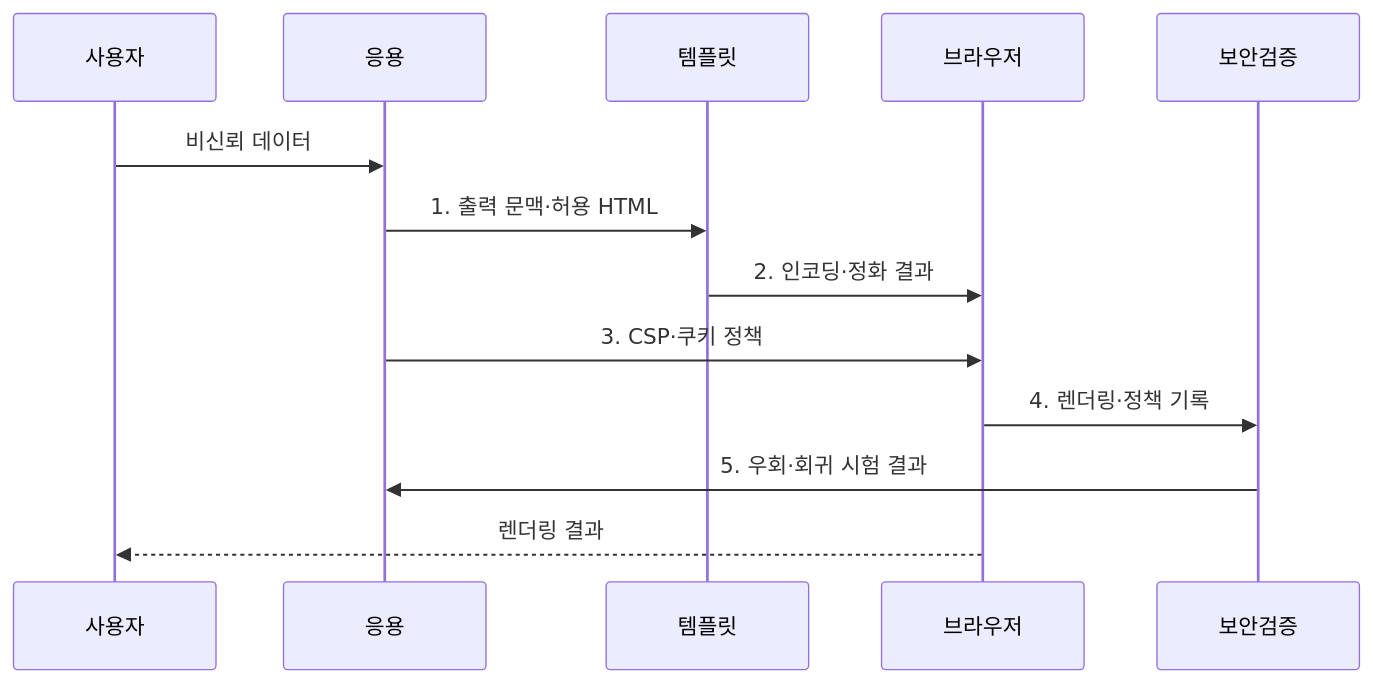
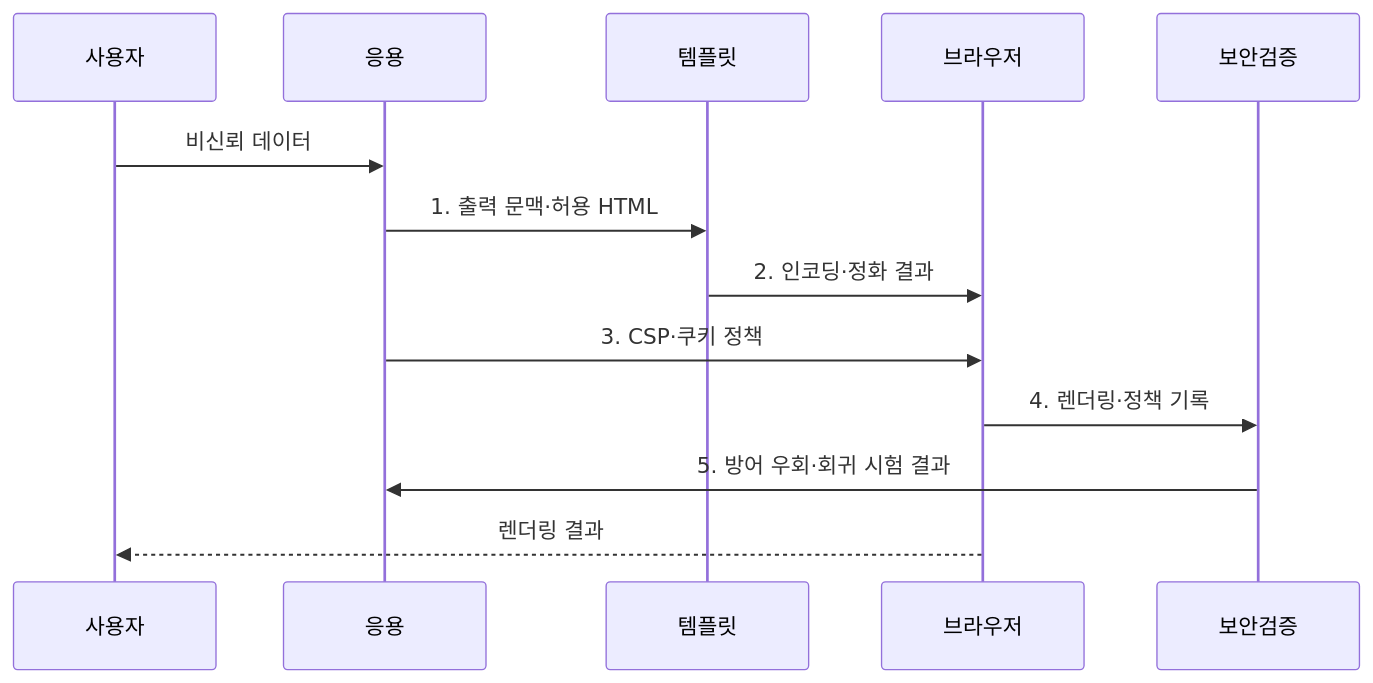
One commit to agnusdei1207/knowledge-base changed the second of 2 diagrams in src/content/docs/notes/05-security/047_xss.md. Above: the diagram before and after it, drawn with Mermaid. The commit also changed other lines of this file and 19 other files, not shown here.

````diff
--- a/src/content/docs/notes/05-security/047_xss.md
+++ b/src/content/docs/notes/05-security/047_xss.md
@@ -84,15 +84,15 @@
 ```mermaid
 sequenceDiagram
     participant 사용자
     participant 응용
     participant 템플릿
     participant 브라우저
     participant 보안검증
     사용자->>응용: 비신뢰 데이터
     응용->>템플릿: 1. 출력 문맥·허용 HTML
     템플릿->>브라우저: 2. 인코딩·정화 결과
     응용->>브라우저: 3. CSP·쿠키 정책
     브라우저->>보안검증: 4. 렌더링·정책 기록
-    보안검증->>응용: 5. 우회·회귀 시험 결과
+    보안검증->>응용: 5. 방어 우회·회귀 시험 결과
     브라우저-->>사용자: 렌더링 결과
 ```
````
